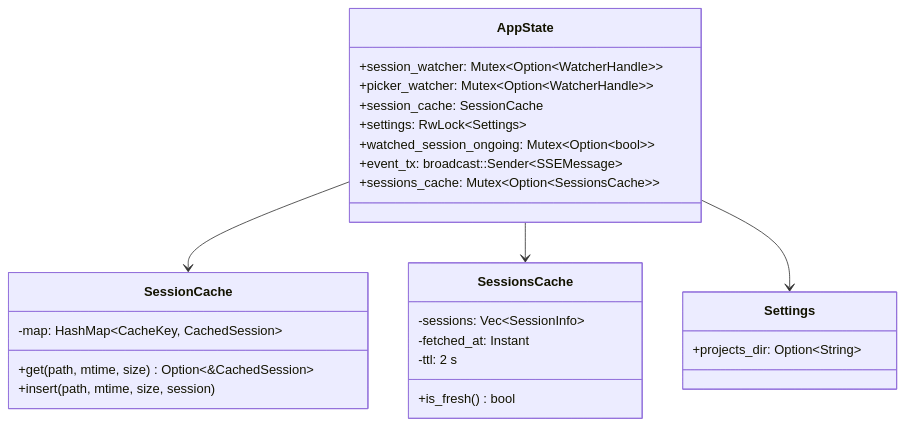
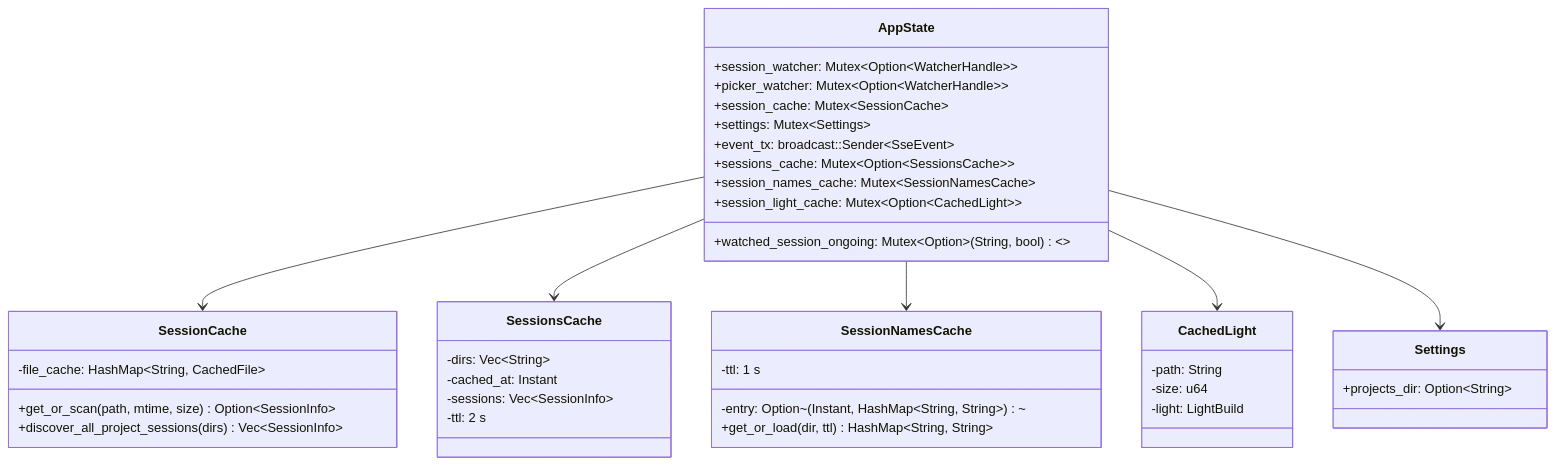
Before and after one commit to delexw/claude-code-trace: the first of 9 diagrams in specs/03-state-management.md, drawn with Mermaid. The commit also changed other lines of this file and 35 other files, not shown here.

````diff
--- a/specs/03-state-management.md
+++ b/specs/03-state-management.md
@@ -12,33 +12,49 @@
 ```mermaid
 classDiagram
     class AppState {
         +session_watcher: Mutex~Option~WatcherHandle~~
         +picker_watcher: Mutex~Option~WatcherHandle~~
-        +session_cache: SessionCache
-        +settings: RwLock~Settings~
-        +watched_session_ongoing: Mutex~Option~bool~~
-        +event_tx: broadcast::Sender~SSEMessage~
+        +session_cache: Mutex~SessionCache~
+        +settings: Mutex~Settings~
+        +watched_session_ongoing: Mutex~Option~(String, bool)~~
+        +event_tx: broadcast::Sender~SseEvent~
         +sessions_cache: Mutex~Option~SessionsCache~~
+        +session_names_cache: Mutex~SessionNamesCache~
+        +session_light_cache: Mutex~Option~CachedLight~~
     }
 
     class SessionCache {
-        -map: HashMap~CacheKey, CachedSession~
-        +get(path, mtime, size) Option~&CachedSession~
-        +insert(path, mtime, size, session)
+        -file_cache: HashMap~String, CachedFile~
+        +get_or_scan(path, mtime, size) Option~SessionInfo~
+        +discover_all_project_sessions(dirs) Vec~SessionInfo~
     }
 
     class SessionsCache {
+        -dirs: Vec~String~
+        -cached_at: Instant
         -sessions: Vec~SessionInfo~
-        -fetched_at: Instant
         -ttl: 2 s
-        +is_fresh() bool
+    }
+
+    class SessionNamesCache {
+        -entry: Option~(Instant, HashMap~String, String~)~
+        -ttl: 1 s
+        +get_or_load(dir, ttl) HashMap~String, String~
+    }
+
+    class CachedLight {
+        -path: String
+        -size: u64
+        -light: LightBuild
     }
 
     class Settings {
         +projects_dir: Option~String~
     }
 
     AppState --> SessionCache
     AppState --> SessionsCache
+    AppState --> SessionNamesCache
+    AppState --> CachedLight
     AppState --> Settings
 ```
````
